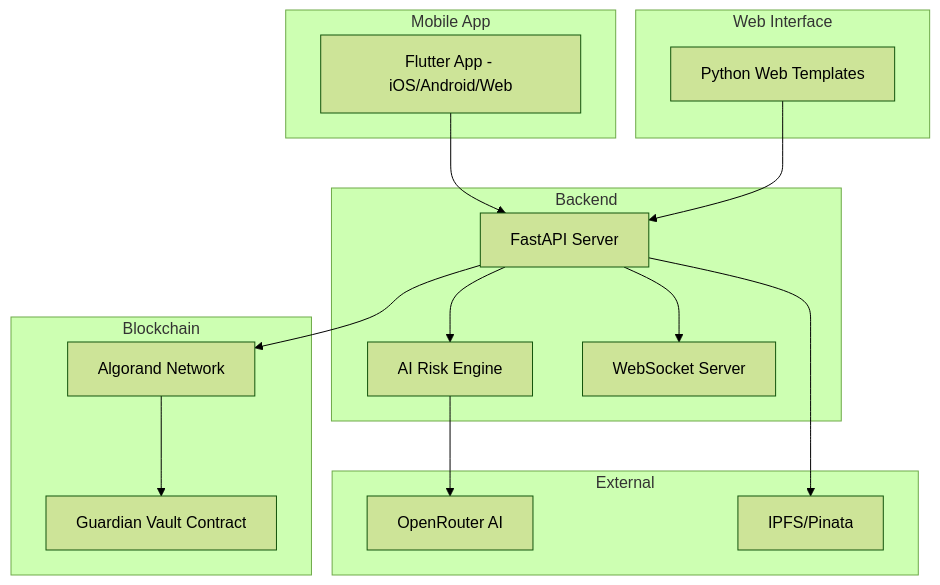
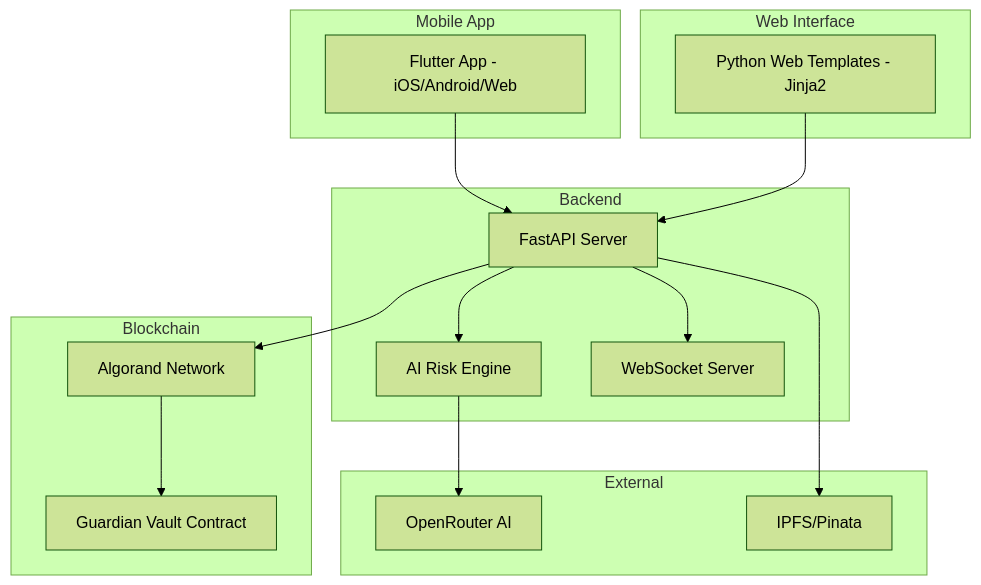
Before and after one commit to Meet6338-X/neural-trust: the diagram in README.md, drawn with Mermaid (forest theme). The commit also changed other lines of this file, not shown here.

````diff
--- a/README.md
+++ b/README.md
@@ -75,35 +175,35 @@
 ```mermaid
 graph TB
     subgraph Mobile App
         FL[Flutter App - iOS/Android/Web]
     end
     
     subgraph Web Interface
-        WF[Python Web Templates]
+        WF[Python Web Templates - Jinja2]
     end
     
     subgraph Backend
         API[FastAPI Server]
         AI[AI Risk Engine]
         WS[WebSocket Server]
     end
     
     subgraph Blockchain
         ALG[Algorand Network]
         GV[Guardian Vault Contract]
     end
     
     subgraph External
         OR[OpenRouter AI]
         IPFS[IPFS/Pinata]
     end
     
     FL --> API
     WF --> API
     API --> AI
     API --> WS
     API --> ALG
     AI --> OR
     ALG --> GV
     API --> IPFS
 ```
````
